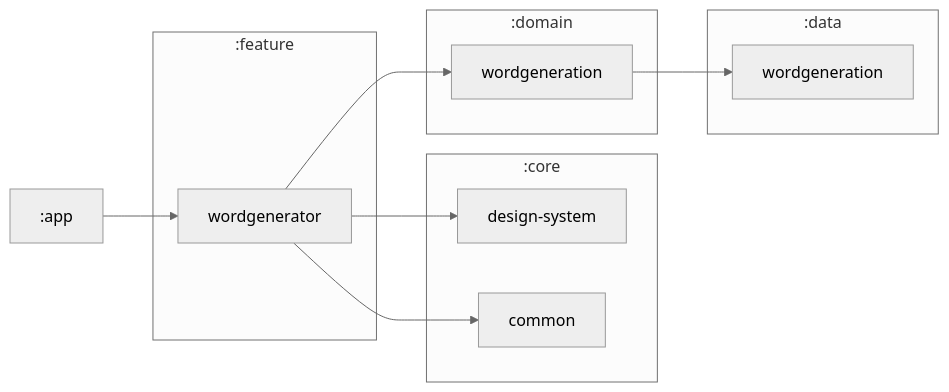
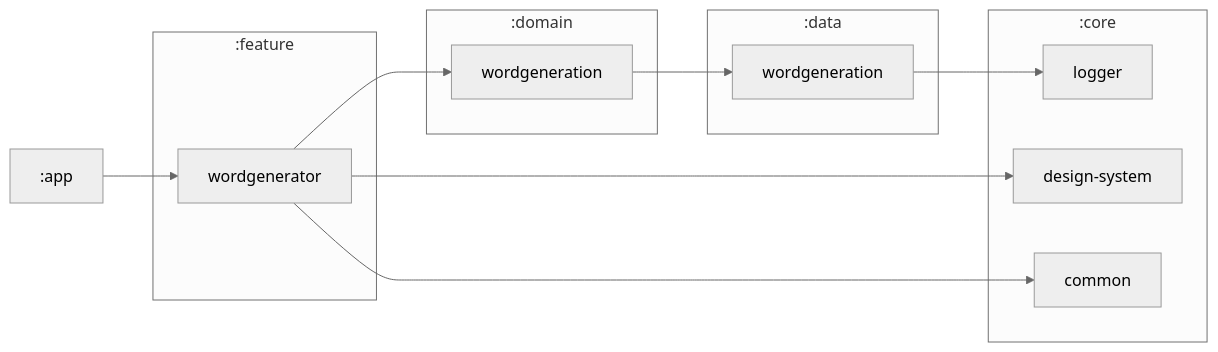
The diagram in documentation/module-graph.md (IrinUvis/yuzu), drawn with Mermaid before and after one commit.

Commit message:
Add module :core:logger and connect it to :data:wordgeneration

````diff
--- a/documentation/module-graph.md
+++ b/documentation/module-graph.md
@@ -3,27 +3,29 @@
 ```mermaid
 %%{
   init: {
     'theme': 'neutral'
   }
 }%%
 
 graph LR
   subgraph :core
+    :core:logger["logger"]
     :core:design-system["design-system"]
     :core:common["common"]
   end
   subgraph :data
     :data:wordgeneration["wordgeneration"]
   end
   subgraph :domain
     :domain:wordgeneration["wordgeneration"]
   end
   subgraph :feature
     :feature:wordgenerator["wordgenerator"]
   end
   :domain:wordgeneration --> :data:wordgeneration
+  :data:wordgeneration --> :core:logger
   :app --> :feature:wordgenerator
   :feature:wordgenerator --> :core:design-system
   :feature:wordgenerator --> :domain:wordgeneration
   :feature:wordgenerator --> :core:common
 ```
````
